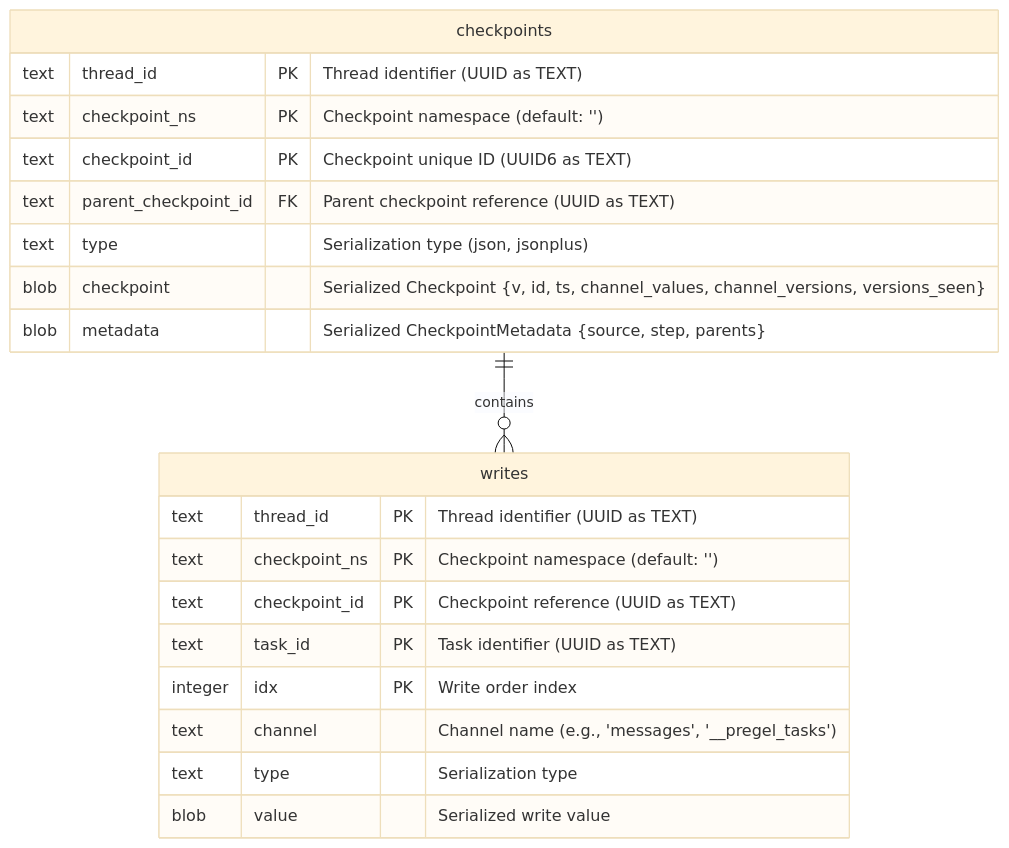
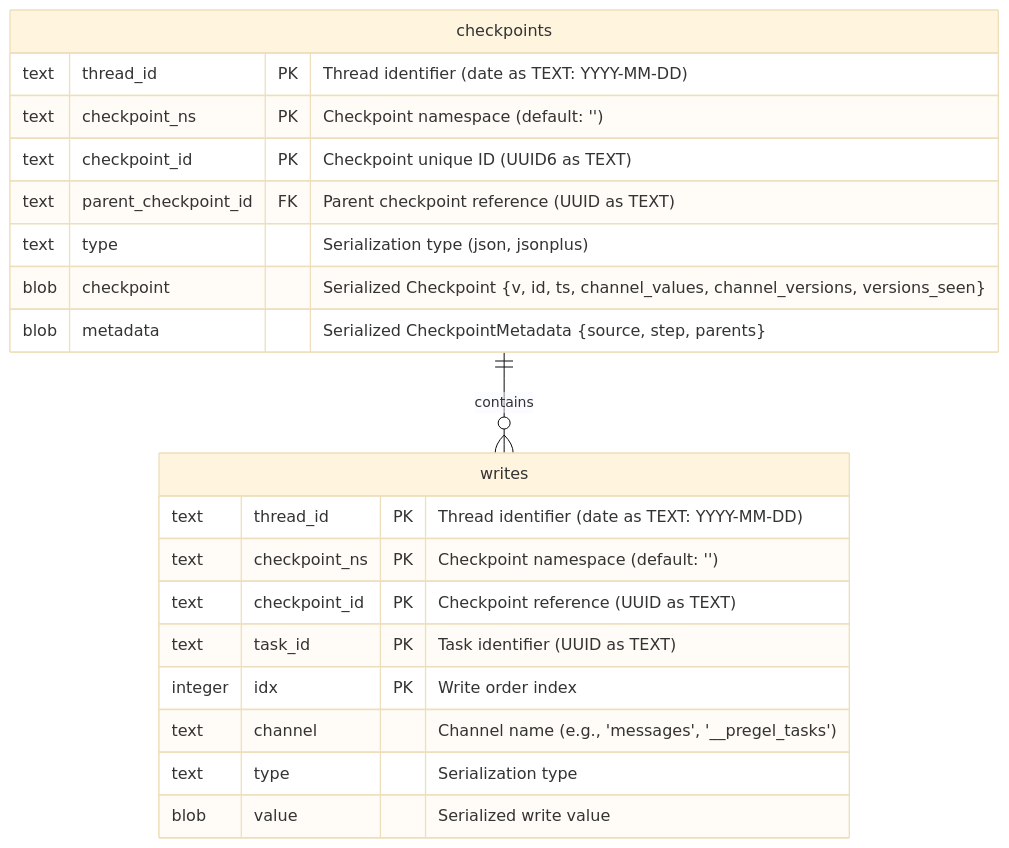
Before and after one commit to openkraken-ai/openkraken: the first of 6 diagrams in docs/TechSpec.md, drawn with Mermaid (base theme). The commit also changed other lines of this file and 2 other files, not shown here.

Commit message:
Align architecture task and tech docs

````diff
--- a/docs/TechSpec.md
+++ b/docs/TechSpec.md
@@ -2224,25 +2221,25 @@
 ```mermaid
 erDiagram
     checkpoints {
-        text thread_id PK "Thread identifier (UUID as TEXT)"
+        text thread_id PK "Thread identifier (date as TEXT: YYYY-MM-DD)"
         text checkpoint_ns PK "Checkpoint namespace (default: '')"
         text checkpoint_id PK "Checkpoint unique ID (UUID6 as TEXT)"
         text parent_checkpoint_id FK "Parent checkpoint reference (UUID as TEXT)"
         text type "Serialization type (json, jsonplus)"
         blob checkpoint "Serialized Checkpoint {v, id, ts, channel_values, channel_versions, versions_seen}"
         blob metadata "Serialized CheckpointMetadata {source, step, parents}"
     }
     
     writes {
-        text thread_id PK "Thread identifier (UUID as TEXT)"
+        text thread_id PK "Thread identifier (date as TEXT: YYYY-MM-DD)"
         text checkpoint_ns PK "Checkpoint namespace (default: '')"
         text checkpoint_id PK "Checkpoint reference (UUID as TEXT)"
         text task_id PK "Task identifier (UUID as TEXT)"
         integer idx PK "Write order index"
         text channel "Channel name (e.g., 'messages', '__pregel_tasks')"
         text type "Serialization type"
         blob value "Serialized write value"
     }
     
     checkpoints ||--o{ writes : "contains"
 ```
````
